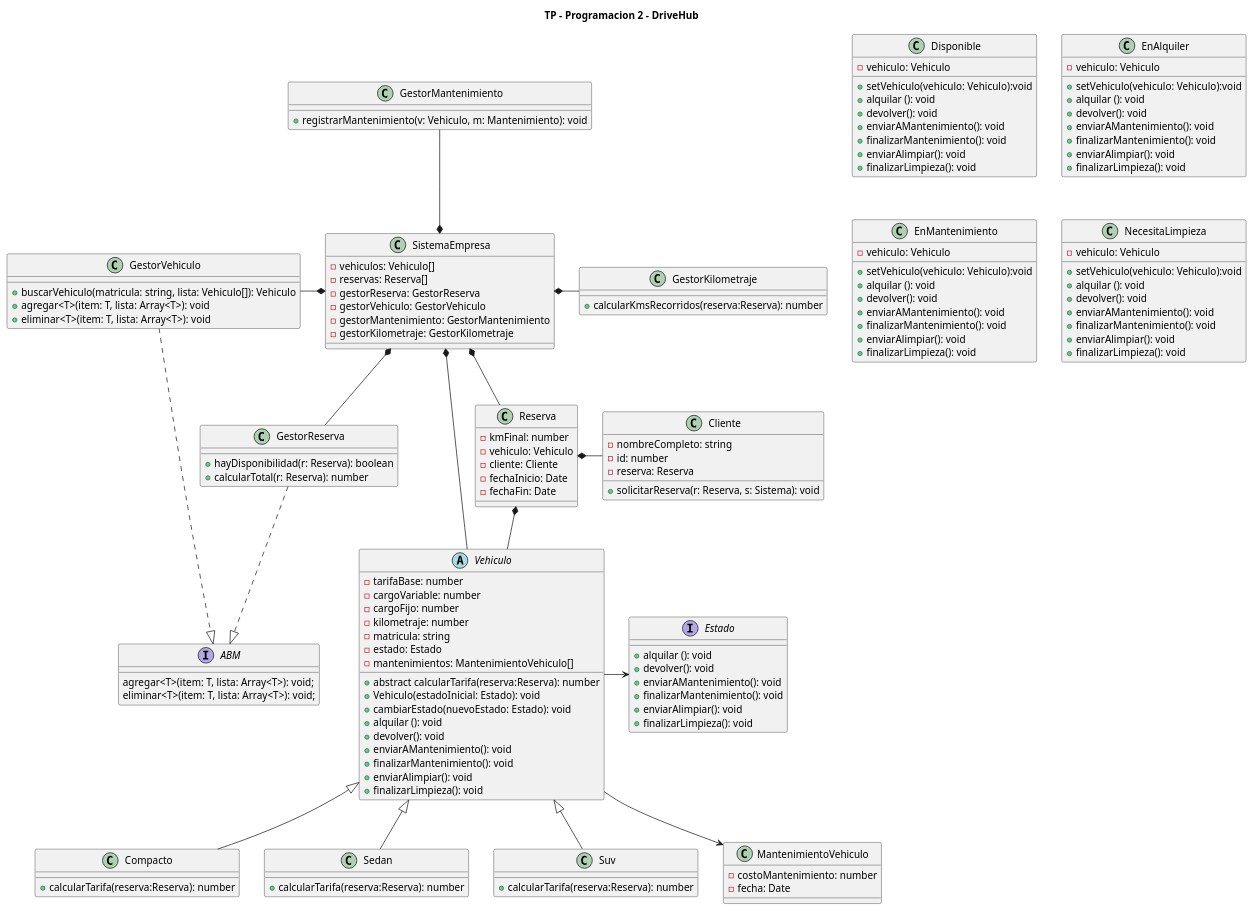
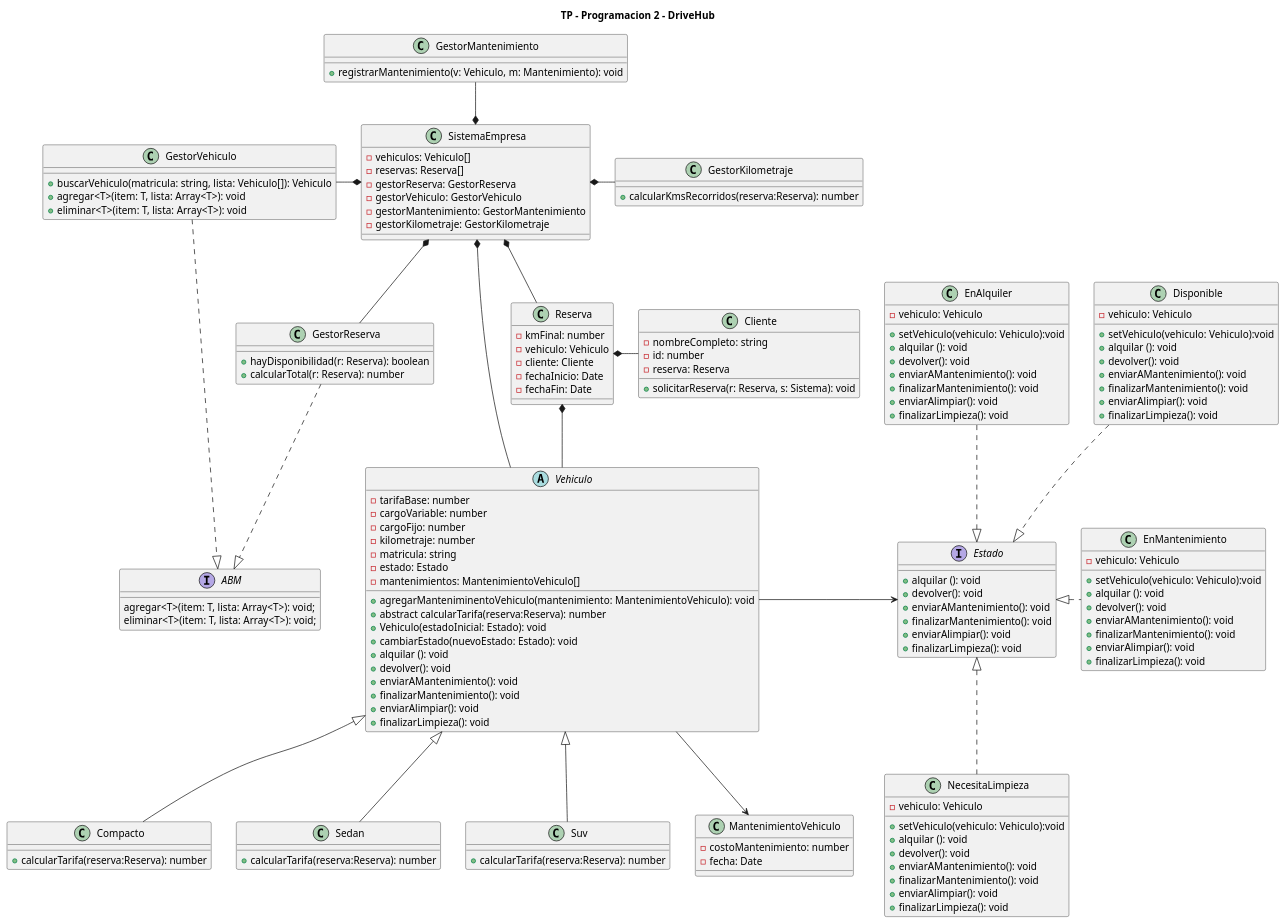
Before and after one commit to LauEroles/TP-Progra2-DriveHub: the diagram in Diagramas/diagramaClases-DriveHub.puml, drawn with PlantUML.

Commit message:
cambios en diagrama metodo que no figuraba en diragrama agregarManteniminentoVehiculo(mantenimiento: MantenimientoVehiculo): void

```diff
--- a/Diagramas/diagramaClases-DriveHub.puml
+++ b/Diagramas/diagramaClases-DriveHub.puml
@@ -42,6 +42,7 @@
     - matricula: string
     - estado: Estado
     - mantenimientos: MantenimientoVehiculo[]
+    + agregarManteniminentoVehiculo(mantenimiento: MantenimientoVehiculo): void
     + abstract calcularTarifa(reserva:Reserva): number
     + Vehiculo(estadoInicial: Estado): void
     + cambiarEstado(nuevoEstado: Estado): void
@@ -198,4 +199,10 @@
 ABM <|.u. GestorVehiculo
 
 
+Disponible .d.|> Estado
+EnAlquiler ..|> Estado
+EnMantenimiento .l.|> Estado
+NecesitaLimpieza .u.|> Estado
+
+
 @enduml
```
